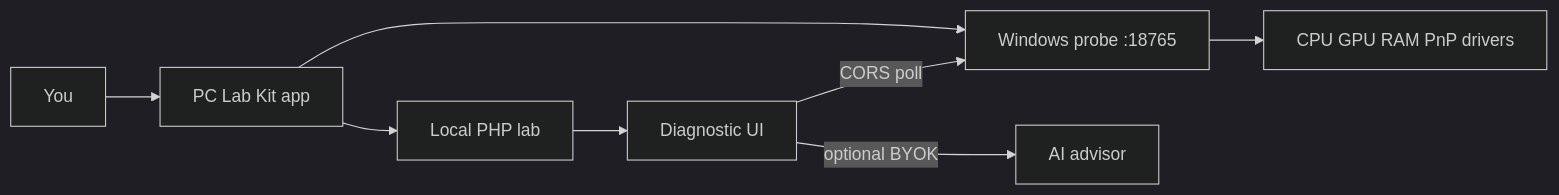
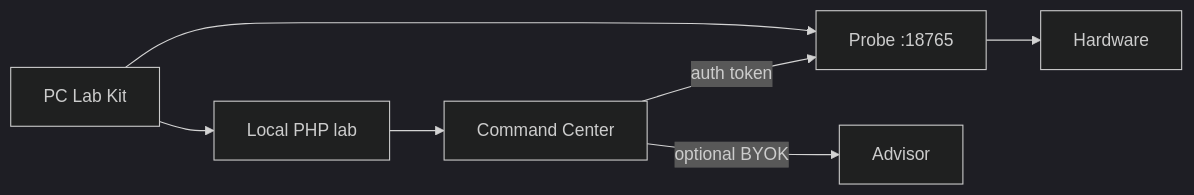
One commit to drmikecrypto/pc-lab-kit changed the diagram in README.md. Above: the diagram before and after it, drawn with Mermaid (dark theme). The commit also changed other lines of this file and 72 other files, not shown here.

First line of the commit message:
Release v4.1.2 — enterprise reliability, OEM Command Center, signed packs.

````diff
--- a/README.md
+++ b/README.md
@@ -22,10 +58,9 @@
 ```mermaid
 flowchart LR
-  User[You] --> Desktop[PC Lab Kit app]
-  Desktop --> PHP[Local PHP lab]
-  Desktop --> Probe[Windows probe :18765]
-  PHP --> UI[Diagnostic UI]
-  UI -->|CORS poll| Probe
-  Probe --> HW[CPU GPU RAM PnP drivers]
-  UI -->|optional BYOK| AI[AI advisor]
+  App[PC Lab Kit] --> Lab[Local PHP lab]
+  App --> Probe[Probe :18765]
+  Lab --> UI[Command Center]
+  UI -->|auth token| Probe
+  Probe --> HW[Hardware]
+  UI -->|optional BYOK| AI[Advisor]
 ```
````
